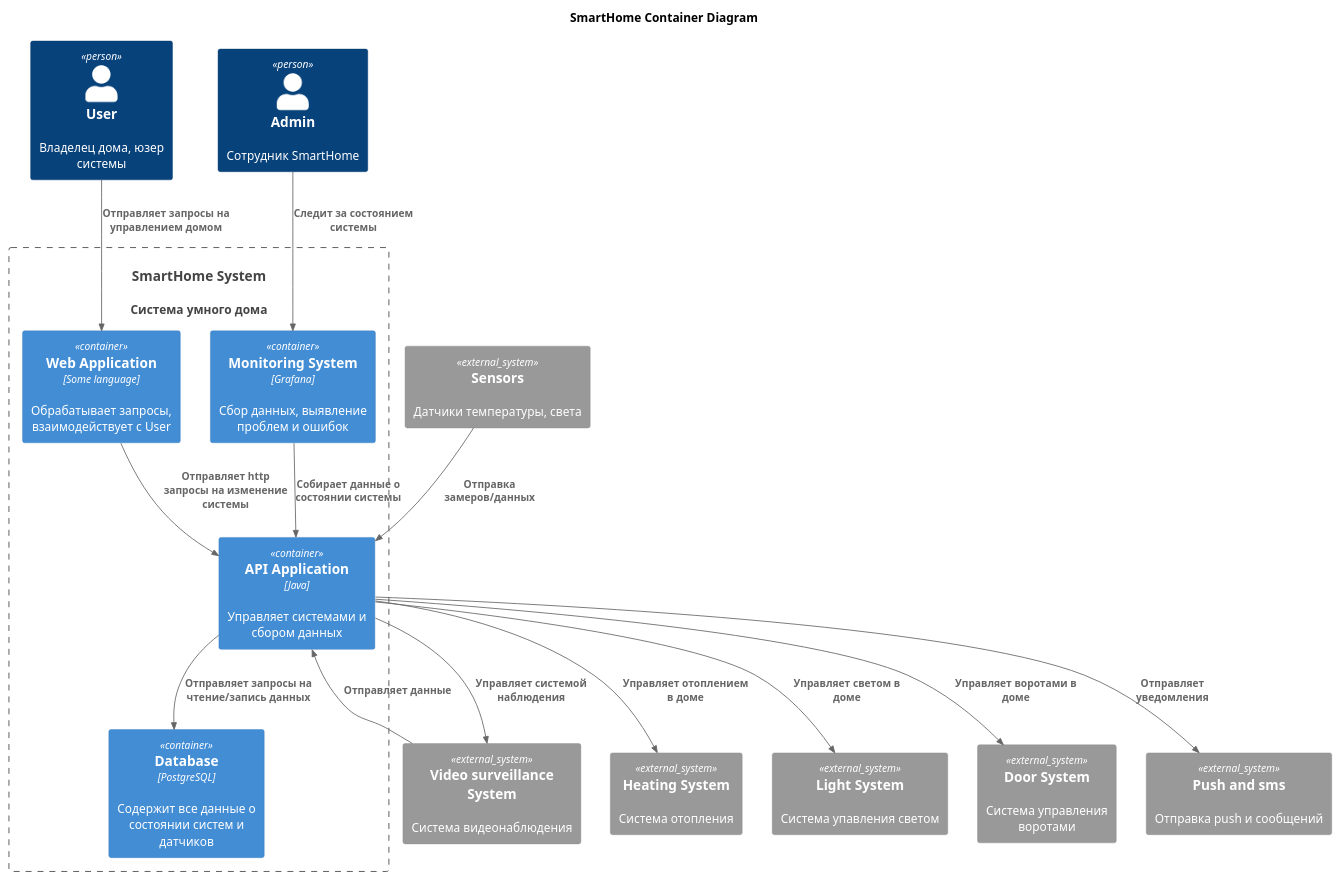
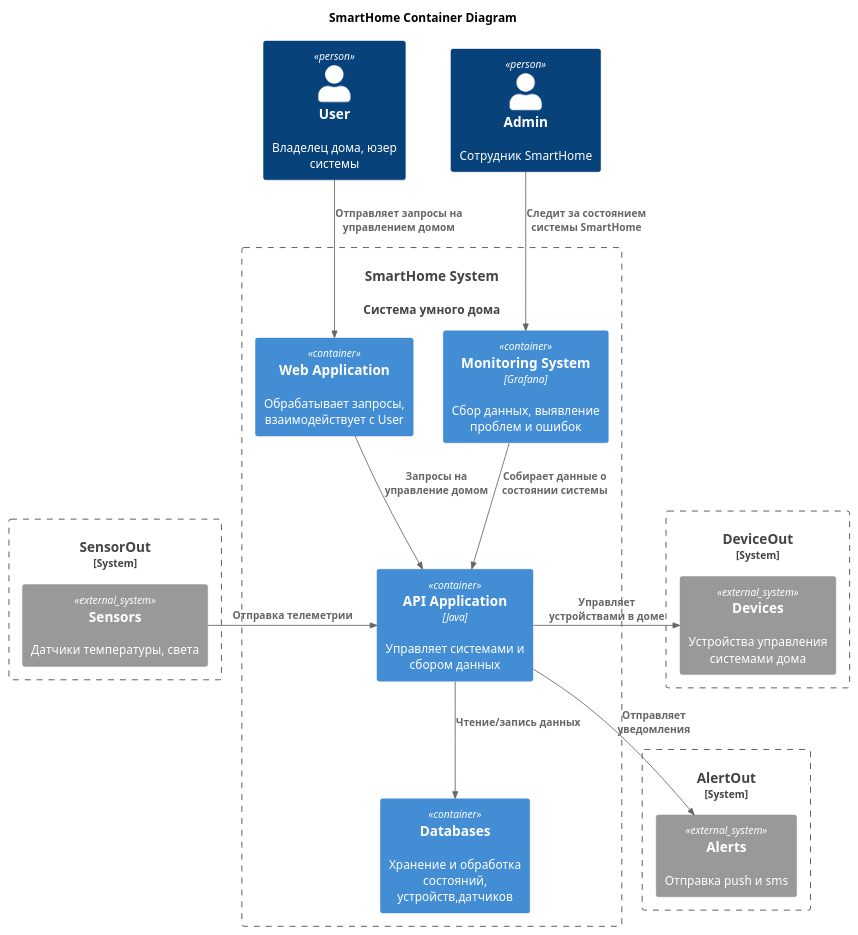
One commit to Ayzatullin/Yandex-Practicum-architecture-sprint-3 changed the diagram in diagrams/container/To-be. Container.puml. Above: the diagram before and after it, drawn with PlantUML. The commit also changed 10 other files, not shown here.

Commit message:
Добавил диаграмму компонентов и кода по С4

```diff
--- a/diagrams/container/To-be. Container.puml
+++ b/diagrams/container/To-be. Container.puml
@@ -1,40 +1,41 @@
 @startuml
 title SmartHome Container Diagram
 
 top to bottom direction
 !includeurl https://raw.githubusercontent.com/RicardoNiepel/C4-PlantUML/master/C4_Component.puml
 
 Person(user, "User", "Владелец дома, юзер системы")
 Person(admin, "Admin", "Сотрудник SmartHome")
 
 System(SmartHome, "SmartHome System", "Система умного дома")
 
-System_Ext(heatingSystem, "Heating System", "Система отопления")
-System_Ext(lightSystem, "Light System", "Система упавления светом")
-System_Ext(doorSystem, "Door System", "Система управления воротами")
-System_Ext(surveillanceSystem, "Video surveillance System", "Система видеонаблюдения")
-System_Ext(sensor, "Sensors", "Датчики температуры, света")
-System_Ext(alert, "Push and sms", "Отправка push и сообщений")
+System_Boundary(DeviceOut, "DeviceOut") {
+  System_Ext(Devices, "Devices", "Устройства управления системами дома")
+}
+System_Boundary(SensorOut, "SensorOut") {
+  System_Ext(Sensors, "Sensors", "Датчики температуры, света")
+}
+System_Boundary(AlertOut, "AlertOut") {
+  System_Ext(Alert, "Alerts", "Отправка push и sms")
+}
 
 Container_Boundary(SmartHome, "SmartHome System") {
-  Container(WebApps, "Web Application", "Some language", "Обрабатывает запросы, взаимодействует с User")
+  Container(WebApps, "Web Application", "", "Обрабатывает запросы, взаимодействует с User")
   Container(Monitoring, "Monitoring System", "Grafana", "Сбор данных, выявление проблем и ошибок")
   Container(Api, "API Application", "Java", "Управляет системами и сбором данных")
-  Container(Database, "Database", "PostgreSQL", "Содержит все данные о состоянии систем и датчиков")
+  Container(Database, "Databases", "", "Хранение и обработка состояний, устройств,датчиков")
 }
 
-Rel(user, WebApps, "Отправляет запросы на управлением домом")
-Rel(admin, Monitoring,"Следит за состоянием системы")
-Rel(WebApps, Api,"Отправляет http запросы на изменение системы")
-Rel(Monitoring, Api,"Собирает данные о состоянии системы")
-Rel(sensor, Api, "Отправка замеров/данных")
+Rel_D(user, WebApps, "Отправляет запросы на управлением домом")
+Rel_D(admin, Monitoring,"Следит за состоянием системы SmartHome")
+Rel_D(WebApps, Api,"Запросы на управление домом")
+Rel_D(Monitoring, Api,"Собирает данные о состоянии системы")
 
-Rel(Api,Database,"Отправляет запросы на чтение/запись данных")
-Rel(Api,heatingSystem,"Управляет отоплением в доме")
-Rel(Api,lightSystem,"Управляет светом в доме")
-Rel(Api,doorSystem,"Управляет воротами в доме")
-Rel(Api,surveillanceSystem,"Управляет системой наблюдения")
-Rel(Api,alert,"Отправляет уведомления")
-Rel(surveillanceSystem,Api,"Отправляет данные")
+Rel_D(Api,Database,"Чтение/запись данных")
+Rel_R(Sensors, Api, "Отправка телеметрии")
+
+Rel_L(Api,Devices,"Управляет устройствами в доме")
+Rel(Api,Alert,"Отправляет уведомления")
+
 
 @enduml
```
